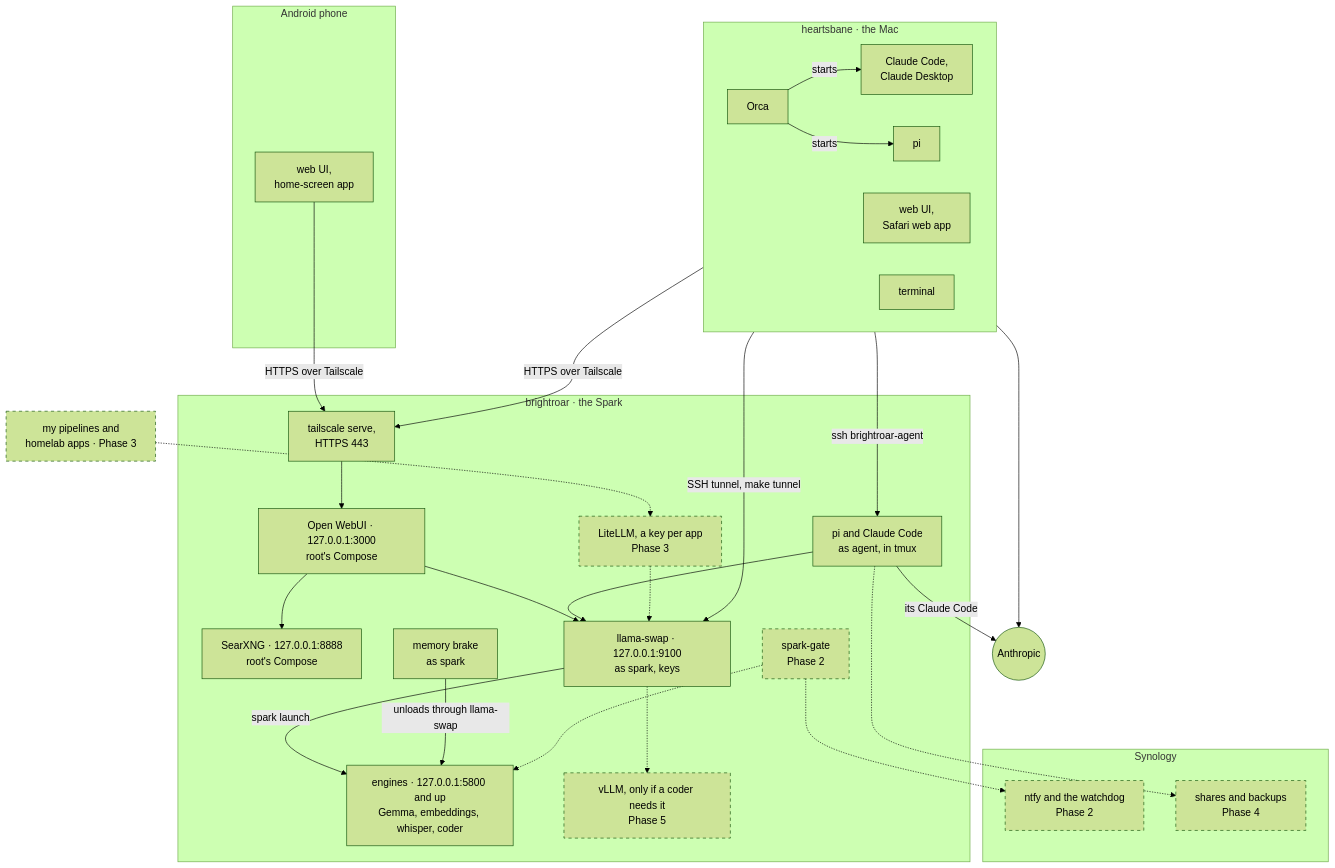
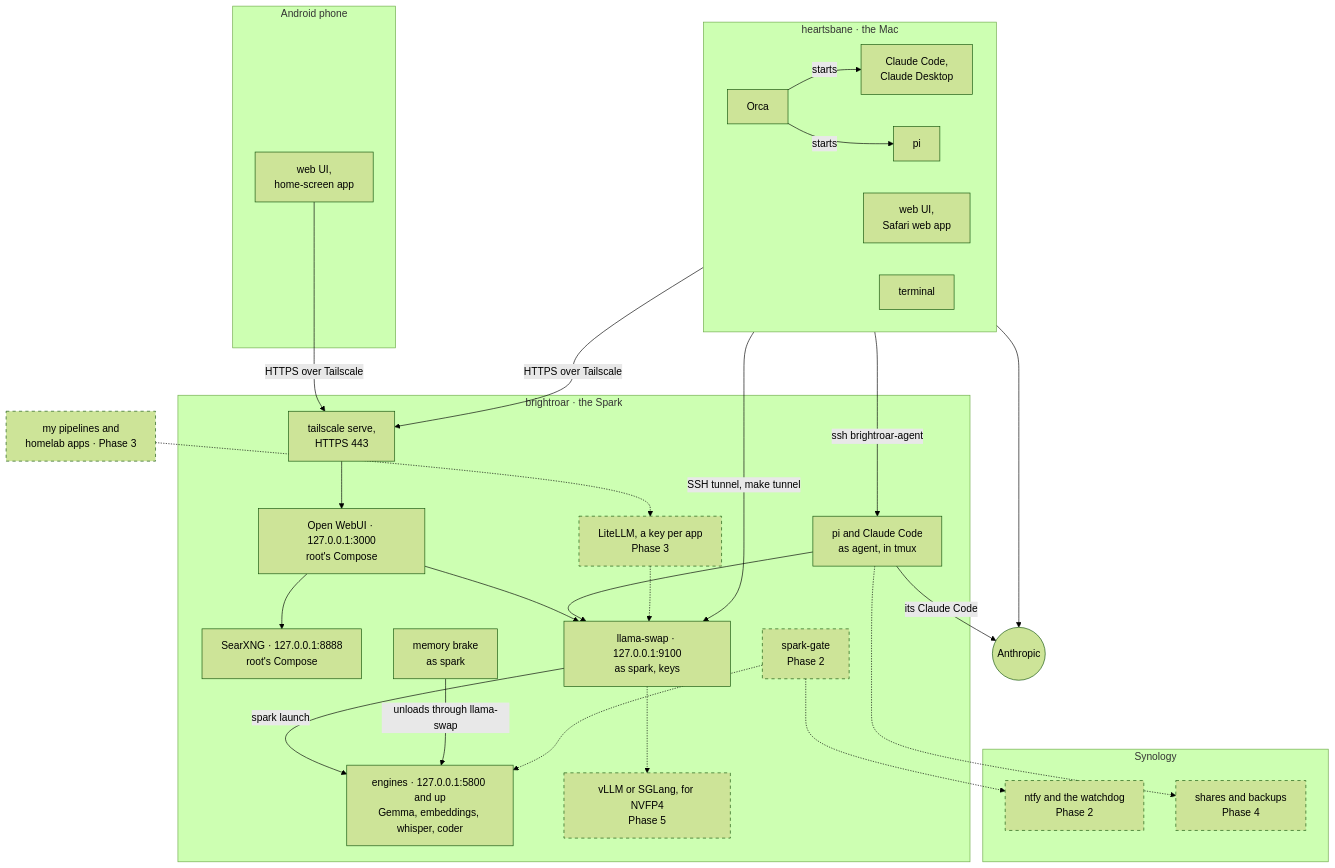
Before and after one commit to chendaniely/local-ai: the first of 4 diagrams in website/architecture.qmd, drawn with Mermaid (forest theme). The commit also changed 1 other file, not shown here.

Commit message:
docs(plan): 🤖 how Qwen3.8-27B gets optimized; the audio host noted
Phase 5 gains four routes for Qwen3.8-27B, each run and measured in
Dan's order (speed in pi, quality per GB, long context): Dynamic GGUF
with MTP, the same with a DFlash2 drafter, NVFP4 on vLLM, NVFP4 on
SGLang; TensorRT-LLM is out for now. Routes A and B need nothing new,
so Phase 2 runs them on `spark try`. The numbers are reported by others
on single Sparks, from web research on 2026-10-05, not measured here.

The SGLang notes are corrected: DFlash2 is in llama.cpp's b11146 and in
SGLang's releases from v0.5.19. Phase 3 records Dan's audio host, to be
designed there. The Architecture page's planned engine becomes "vLLM or
SGLang, for NVFP4".

````diff
--- a/website/architecture.qmd
+++ b/website/architecture.qmd
@@ -17,59 +17,59 @@
 ```{mermaid}
 flowchart TB
   classDef planned stroke-dasharray: 5 5
 
   subgraph mac["heartsbane · the Mac"]
     direction LR
     orca["Orca"]
     claude_mac["Claude Code,<br/>Claude Desktop"]
     pi_mac["pi"]
     webapp["web UI,<br/>Safari web app"]
     term["terminal"]
   end
 
   subgraph phone["Android phone"]
     pwa["web UI,<br/>home-screen app"]
   end
 
   anthropic(("Anthropic"))
   apps["my pipelines and<br/>homelab apps · Phase 3"]:::planned
 
   subgraph spark["brightroar · the Spark"]
     tss["tailscale serve,<br/>HTTPS 443"]
     owui["Open WebUI · 127.0.0.1:3000<br/>root's Compose"]
     searx["SearXNG · 127.0.0.1:8888<br/>root's Compose"]
     agent_tmux["pi and Claude Code<br/>as agent, in tmux"]
     litellm["LiteLLM, a key per app<br/>Phase 3"]:::planned
     swap["llama-swap · 127.0.0.1:9100<br/>as spark, keys"]
     gate["spark-gate<br/>Phase 2"]:::planned
     brake["memory brake<br/>as spark"]
     engines["engines · 127.0.0.1:5800 and up<br/>Gemma, embeddings, whisper, coder"]
-    vllm["vLLM, only if a coder needs it<br/>Phase 5"]:::planned
+    vllm["vLLM or SGLang, for NVFP4<br/>Phase 5"]:::planned
   end
 
   subgraph nas["Synology"]
     ntfy["ntfy and the watchdog<br/>Phase 2"]:::planned
     shares["shares and backups<br/>Phase 4"]:::planned
   end
 
   orca -- starts --> claude_mac
   orca -- starts --> pi_mac
   claude_mac --> anthropic
   webapp -- "HTTPS over Tailscale" --> tss
   pwa -- "HTTPS over Tailscale" --> tss
   pi_mac -- "SSH tunnel, make tunnel" --> swap
   term -- "ssh brightroar-agent" --> agent_tmux
   tss --> owui
   owui --> searx
   owui --> swap
   agent_tmux --> swap
   agent_tmux -- "its Claude Code" --> anthropic
   apps -.-> litellm
   litellm -.-> swap
   swap -- "spark launch" --> engines
   swap -.-> vllm
   brake -- "unloads through llama-swap" --> engines
   gate -.-> engines
   gate -.-> ntfy
   agent_tmux -.-> shares
 ```
````
